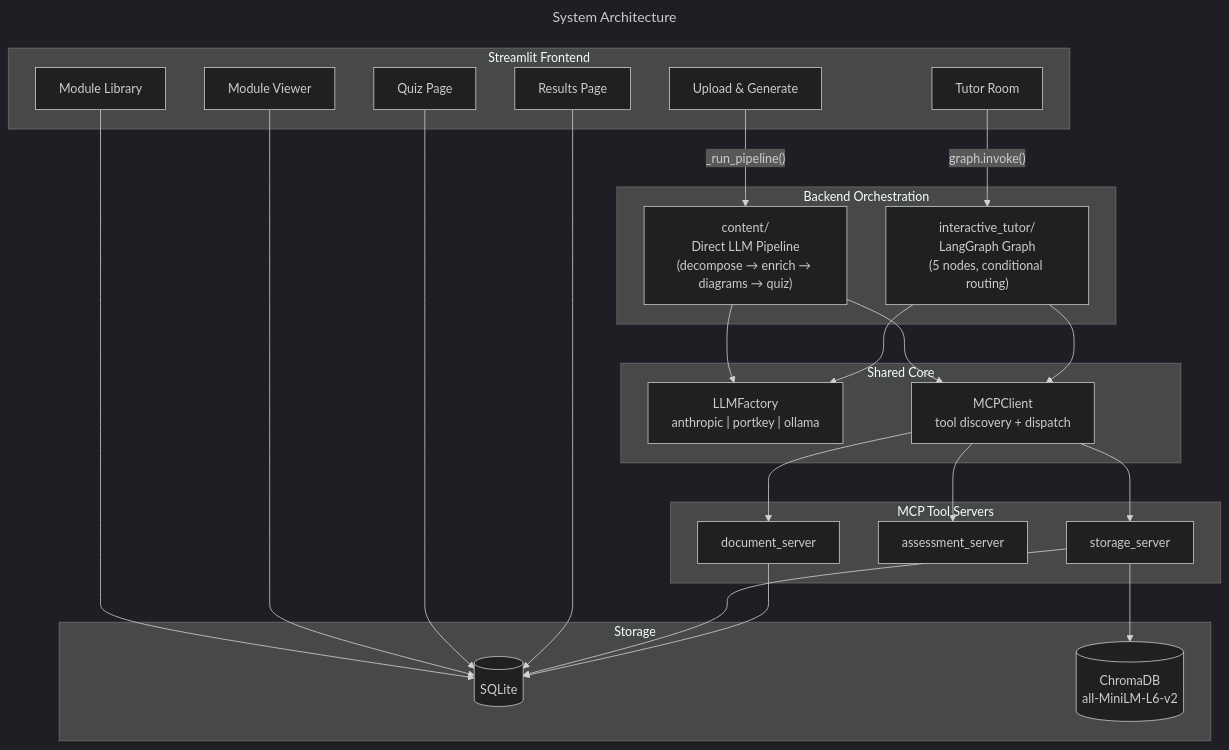
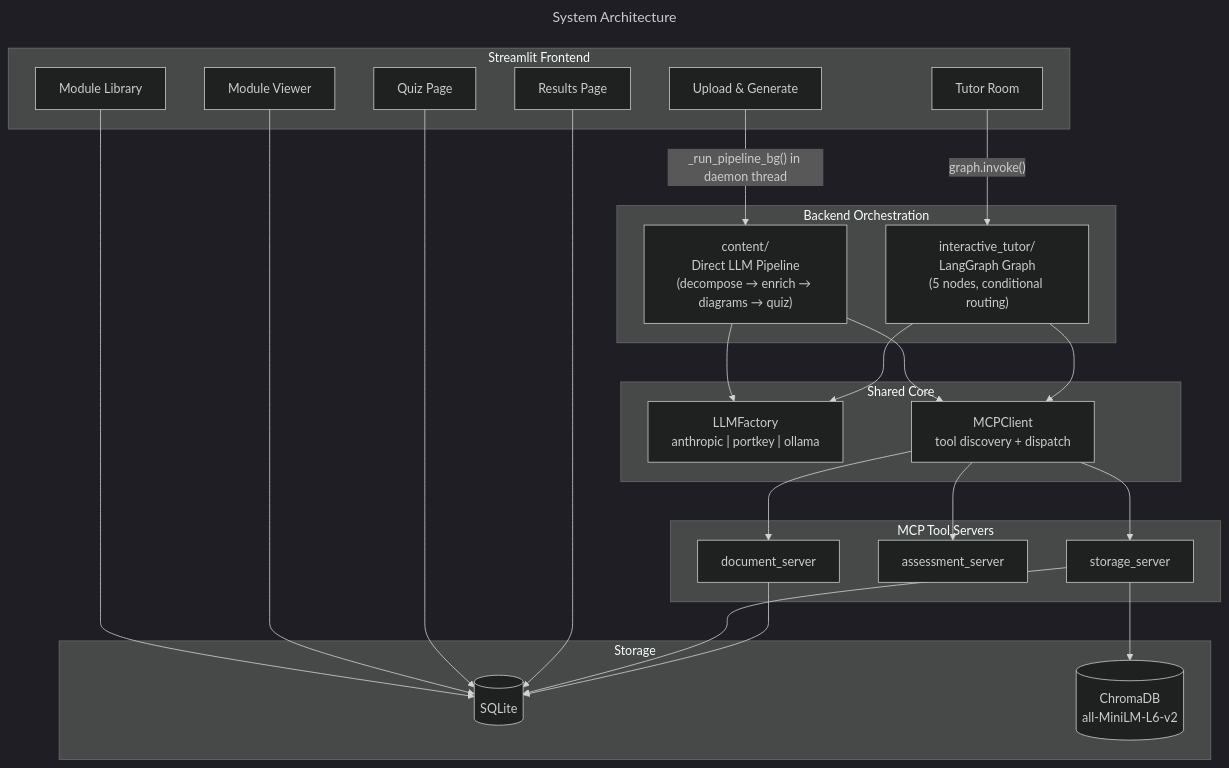
The first of 8 diagrams in ARCHITECTURE.md (bijesh-p/deepl-ai-tutor), drawn with Mermaid (dark theme) before and after one commit. The commit also changed other lines of this file, not shown here.

First line of the commit message:
Update ARCHITECTURE.md for JIT delivery, audio, and mandatory diagrams

````diff
--- a/ARCHITECTURE.md
+++ b/ARCHITECTURE.md
@@ -12,45 +12,45 @@
 ```mermaid
 ---
 title: System Architecture
 ---
 flowchart TD
     subgraph Frontend["Streamlit Frontend"]
         UP[Upload & Generate]
         LIB[Module Library]
         LEARN[Module Viewer]
         QUIZ[Quiz Page]
         RES[Results Page]
         TUTOR[Tutor Room]
     end
 
     subgraph Orchestration["Backend Orchestration"]
         CF["content/\nDirect LLM Pipeline\n(decompose → enrich → diagrams → quiz)"]
         IT["interactive_tutor/\nLangGraph Graph\n(5 nodes, conditional routing)"]
     end
 
     subgraph Core["Shared Core"]
         LF["LLMFactory\nanthropic | portkey | ollama"]
         MC["MCPClient\ntool discovery + dispatch"]
     end
 
     subgraph MCP["MCP Tool Servers"]
         DS[document_server]
         AS[assessment_server]
         SS[storage_server]
     end
 
     subgraph Storage
         DB[(SQLite)]
         VDB[(ChromaDB\nall-MiniLM-L6-v2)]
     end
 
-    UP -->|"_run_pipeline()"| CF
+    UP -->|"_run_pipeline_bg() in daemon thread"| CF
     TUTOR -->|"graph.invoke()"| IT
     LIB & LEARN & QUIZ & RES --> DB
 
     CF --> MC & LF
     IT --> MC & LF
     MC --> DS & AS & SS
     SS --> DB & VDB
     DS --> DB
 ```
````
